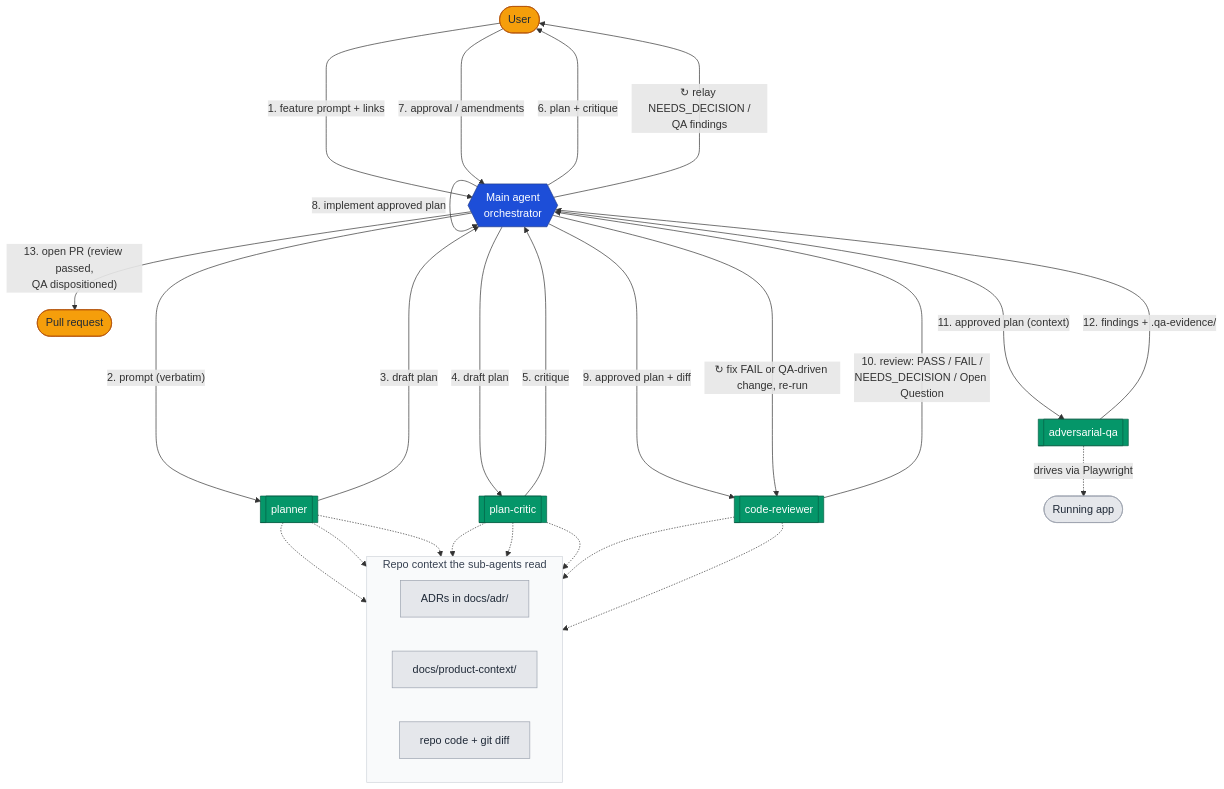
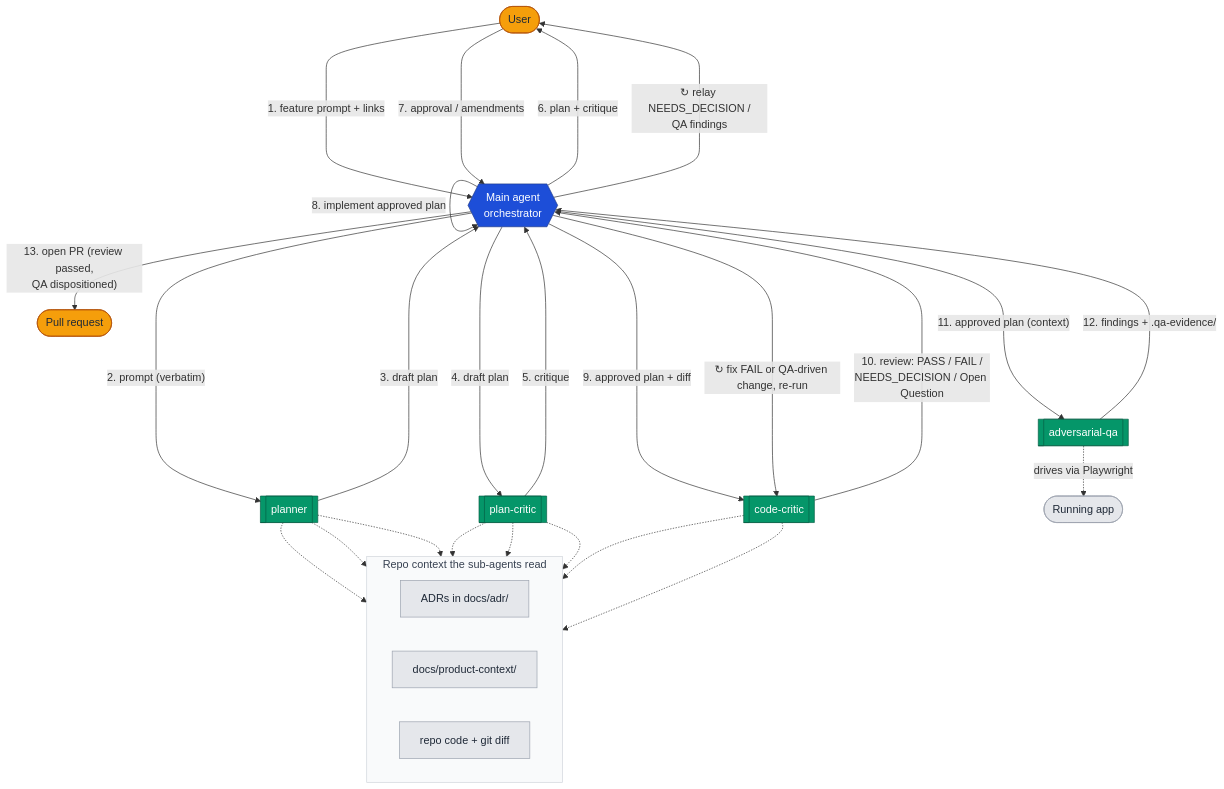
Before and after one commit to cunhaax/ai-workflow: the diagram in docs/AI-workflow.md, drawn with Mermaid. The commit also changed other lines of this file and 10 other files, not shown here.

````diff
--- a/docs/AI-workflow.md
+++ b/docs/AI-workflow.md
@@ -457,59 +457,59 @@
 ```mermaid
 flowchart TB
     User([User])
     PR([Pull request])
 
     subgraph Repo [Repo context the sub-agents read]
         direction LR
         ADR["ADRs in docs/adr/"]
         Docs["docs/product-context/"]
         Code["repo code + git diff"]
     end
 
     Main{{Main agent<br/>orchestrator}}
     Planner[[planner]]
     Critic[[plan-critic]]
-    Reviewer[[code-reviewer]]
+    Reviewer[[code-critic]]
     QA[[adversarial-qa]]
     App([Running app])
 
     User -- "1. feature prompt + links" --> Main
 
     Main -- "2. prompt (verbatim)" --> Planner
     Planner -- "3. draft plan" ---> Main
 
     Main -- "4. draft plan" --> Critic
     Critic -- "5. critique" ---> Main
 
     Main -- "6. plan + critique" ---> User
     User -- "7. approval / amendments" --> Main
 
     Main -- "8. implement approved plan" --> Main
 
     Main -- "9. approved plan + diff" --> Reviewer
     Reviewer -- "10. review: PASS / FAIL /<br/>NEEDS_DECISION / Open Question" ---> Main
     Main -- "↻ fix FAIL or QA-driven change, re-run" ----> Reviewer
 
     Main -- "11. approved plan (context)" --> QA
     QA -- "12. findings + .qa-evidence/" ---> Main
 
     Main -- "↻ relay NEEDS_DECISION /<br/>QA findings" ----> User
     Main -- "13. open PR (review passed,<br/>QA dispositioned)" --> PR
 
     Planner -.-> ADR & Docs & Code
     Critic -.-> ADR & Docs & Code
     Reviewer -.-> ADR & Code
     QA -. drives via Playwright .-> App
 
     classDef hub fill:#1d4ed8,stroke:#1e3a8a,color:#ffffff;
     classDef agent fill:#059669,stroke:#065f46,color:#ffffff;
     classDef actor fill:#f59e0b,stroke:#b45309,color:#1f2937;
     classDef ctx fill:#e5e7eb,stroke:#9ca3af,color:#1f2937;
 
     class Main hub;
     class Planner,Critic,Reviewer,QA agent;
     class User,PR actor;
     class ADR,Docs,Code,App ctx;
 
     style Repo fill:#f9fafb,stroke:#d1d5db,color:#374151;
 ```
````
